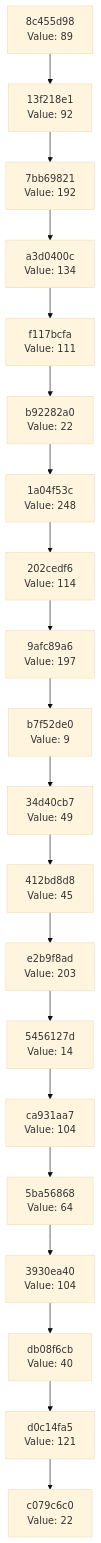
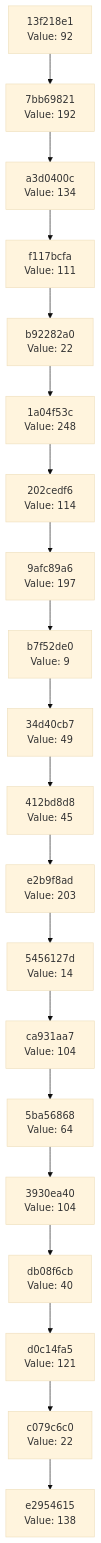
Before and after one commit to Abhisheksinha1506/hash-chain-evolver: the diagram in docs/CHAIN_VISUALIZATION.md, drawn with Mermaid (base theme). The commit also changed 2 other files, not shown here.

Commit message:
Evolution Step

````diff
--- a/docs/CHAIN_VISUALIZATION.md
+++ b/docs/CHAIN_VISUALIZATION.md
@@ -3,42 +3,42 @@
 ```mermaid
 graph TD
-    C0["c079c6c0<br/>Value: 22"]
-    C1["d0c14fa5<br/>Value: 121"]
+    C0["e2954615<br/>Value: 138"]
+    C1["c079c6c0<br/>Value: 22"]
     C1 --> C0
-    C2["db08f6cb<br/>Value: 40"]
+    C2["d0c14fa5<br/>Value: 121"]
     C2 --> C1
-    C3["3930ea40<br/>Value: 104"]
+    C3["db08f6cb<br/>Value: 40"]
     C3 --> C2
-    C4["5ba56868<br/>Value: 64"]
+    C4["3930ea40<br/>Value: 104"]
     C4 --> C3
-    C5["ca931aa7<br/>Value: 104"]
+    C5["5ba56868<br/>Value: 64"]
     C5 --> C4
-    C6["5456127d<br/>Value: 14"]
+    C6["ca931aa7<br/>Value: 104"]
     C6 --> C5
-    C7["e2b9f8ad<br/>Value: 203"]
+    C7["5456127d<br/>Value: 14"]
     C7 --> C6
-    C8["412bd8d8<br/>Value: 45"]
+    C8["e2b9f8ad<br/>Value: 203"]
     C8 --> C7
-    C9["34d40cb7<br/>Value: 49"]
+    C9["412bd8d8<br/>Value: 45"]
     C9 --> C8
-    C10["b7f52de0<br/>Value: 9"]
+    C10["34d40cb7<br/>Value: 49"]
     C10 --> C9
-    C11["9afc89a6<br/>Value: 197"]
+    C11["b7f52de0<br/>Value: 9"]
     C11 --> C10
-    C12["202cedf6<br/>Value: 114"]
+    C12["9afc89a6<br/>Value: 197"]
     C12 --> C11
-    C13["1a04f53c<br/>Value: 248"]
+    C13["202cedf6<br/>Value: 114"]
     C13 --> C12
-    C14["b92282a0<br/>Value: 22"]
+    C14["1a04f53c<br/>Value: 248"]
     C14 --> C13
-    C15["f117bcfa<br/>Value: 111"]
+    C15["b92282a0<br/>Value: 22"]
     C15 --> C14
-    C16["a3d0400c<br/>Value: 134"]
+    C16["f117bcfa<br/>Value: 111"]
     C16 --> C15
-    C17["7bb69821<br/>Value: 192"]
+    C17["a3d0400c<br/>Value: 134"]
     C17 --> C16
-    C18["13f218e1<br/>Value: 92"]
+    C18["7bb69821<br/>Value: 192"]
     C18 --> C17
-    C19["8c455d98<br/>Value: 89"]
+    C19["13f218e1<br/>Value: 92"]
     C19 --> C18
 ```
````
